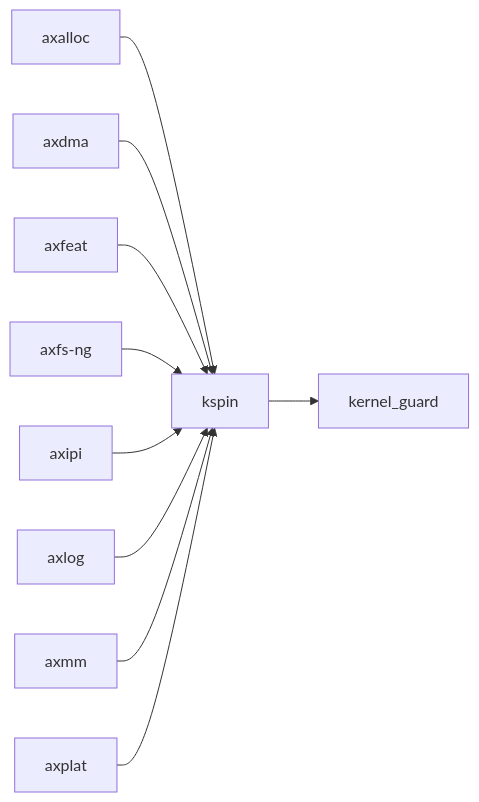
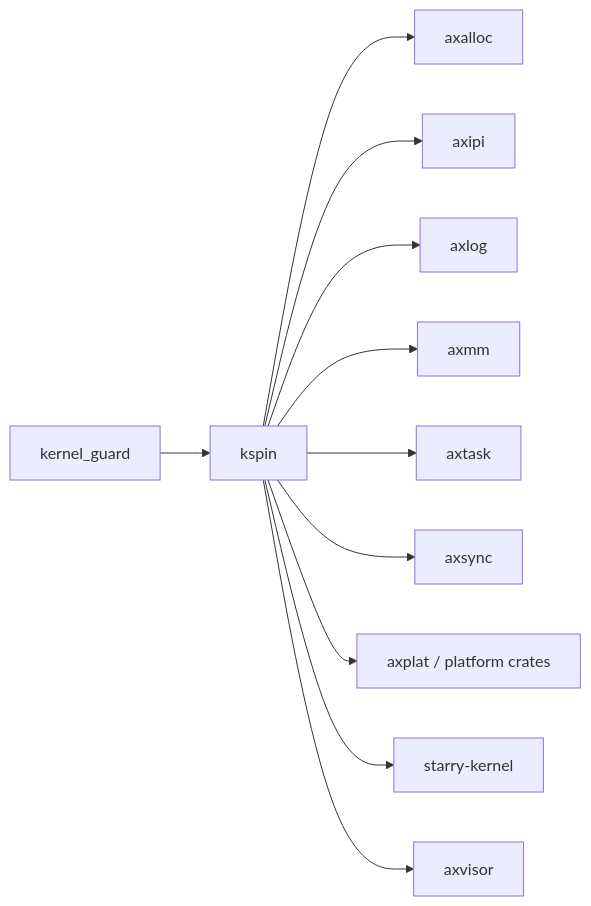
Before and after one commit to rcore-os/tgoskits: the diagram in docs/crates/kspin.md, drawn with Mermaid. The commit also changed other lines of this file and 99 other files, not shown here.

````diff
--- a/docs/crates/kspin.md
+++ b/docs/crates/kspin.md
@@ -32,13 +61,14 @@
 ```mermaid
 graph LR
-    current["kspin"]
-    current --> kernel_guard["kernel_guard"]
-    axalloc["axalloc"] --> current
-    axdma["axdma"] --> current
-    axfeat["axfeat"] --> current
-    axfs_ng["axfs-ng"] --> current
-    axipi["axipi"] --> current
-    axlog["axlog"] --> current
-    axmm["axmm"] --> current
-    axplat["axplat"] --> current
+    kernel_guard["kernel_guard"] --> kspin["kspin"]
+
+    kspin --> axalloc["axalloc"]
+    kspin --> axipi["axipi"]
+    kspin --> axlog["axlog"]
+    kspin --> axmm["axmm"]
+    kspin --> axtask["axtask"]
+    kspin --> axsync["axsync"]
+    kspin --> axplat["axplat / platform crates"]
+    kspin --> starry["starry-kernel"]
+    kspin --> axvisor["axvisor"]
 ```
````
